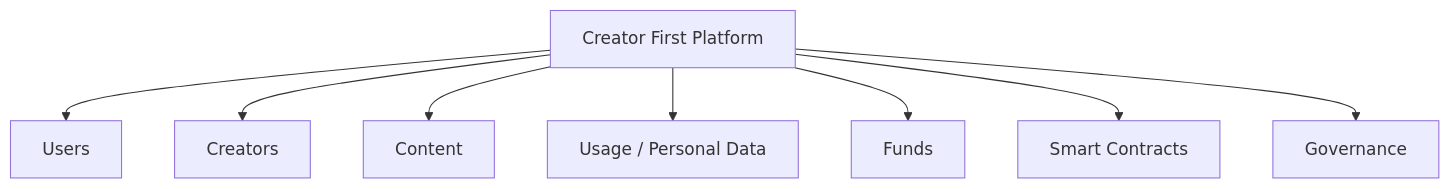
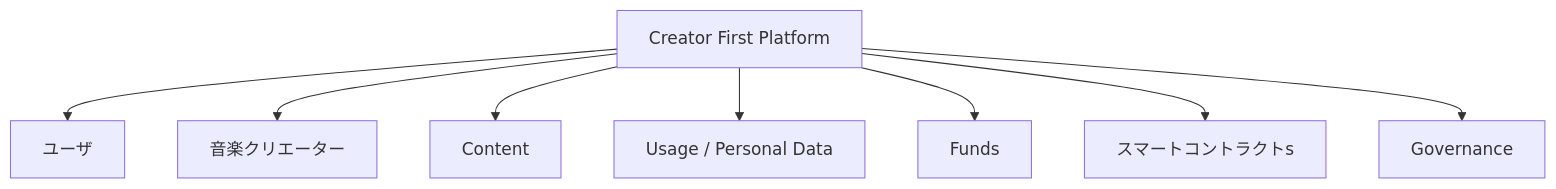
Before and after one commit to ShigeichiroYamasaki/creator-first-platform: the first of 48 diagrams in docs/whitepaper/10-security.md, drawn with Mermaid. The commit also changed other lines of this file and 67 other files, not shown here.

````diff
--- a/docs/whitepaper/10-security.md
+++ b/docs/whitepaper/10-security.md
@@ -28,12 +28,12 @@
 ```mermaid
 flowchart TD
     PLATFORM[Creator First Platform]
 
-    PLATFORM --> USER[Users]
-    PLATFORM --> CREATOR[Creators]
+    PLATFORM --> USER[ユーザ]
+    PLATFORM --> CREATOR[音楽クリエーター]
     PLATFORM --> CONTENT[Content]
     PLATFORM --> DATA[Usage / Personal Data]
     PLATFORM --> MONEY[Funds]
-    PLATFORM --> CONTRACT[Smart Contracts]
+    PLATFORM --> CONTRACT[スマートコントラクトs]
     PLATFORM --> GOV[Governance]
 ```
````
